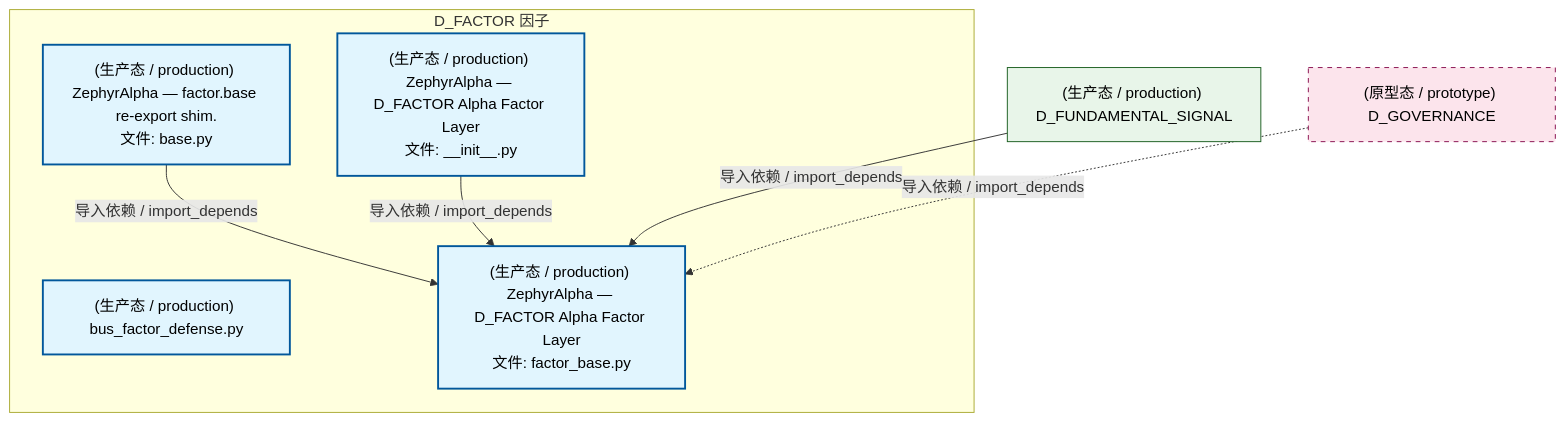
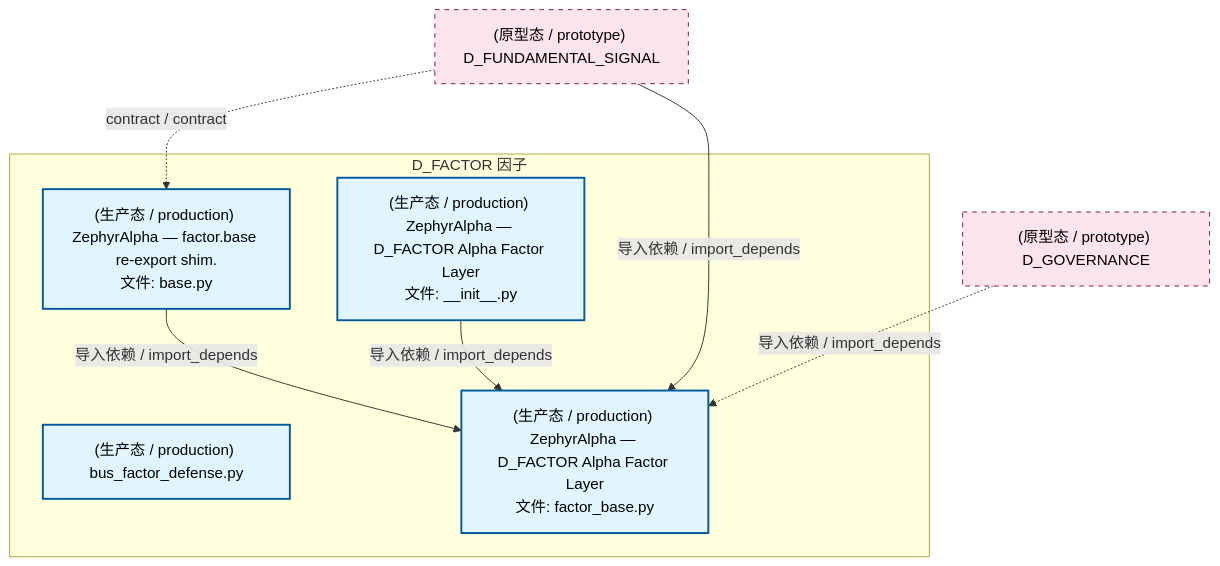
The second of 4 diagrams in docs/02_enterprise_architecture/02_domain_architecture_docs/29_d_factor.md (xuanFelixVan/ZephyrAlpha), drawn with Mermaid before and after one commit. The commit also changed other lines of this file and 100 other files, not shown here.

````diff
--- a/docs/02_enterprise_architecture/02_domain_architecture_docs/29_d_factor.md
+++ b/docs/02_enterprise_architecture/02_domain_architecture_docs/29_d_factor.md
@@ -118,22 +119,22 @@
 ```mermaid
 graph TD
     subgraph D_FACTOR["D_FACTOR 因子"]
         src_zephyr_factor_init_py["(生产态 / production) ZephyrAlpha — D_FACTOR Alpha Factor Layer<br/>文件: __init__.py"]
         src_zephyr_factor_base_py["(生产态 / production) ZephyrAlpha — factor.base re-export shim.<br/>文件: base.py"]
         src_zephyr_factor_bus_factor_defense_py["(生产态 / production) bus_factor_defense.py"]
         src_zephyr_factor_factor_base_py["(生产态 / production) ZephyrAlpha — D_FACTOR Alpha Factor Layer<br/>文件: factor_base.py"]
     end
     src_zephyr_factor_base_py -->|导入依赖 / import_depends| src_zephyr_factor_factor_base_py
     src_zephyr_factor_init_py -->|导入依赖 / import_depends| src_zephyr_factor_factor_base_py
-    D_FUNDAMENTAL_SIGNAL["(生产态 / production) D_FUNDAMENTAL_SIGNAL"]
+    D_FUNDAMENTAL_SIGNAL["(原型态 / prototype) D_FUNDAMENTAL_SIGNAL"]
+    D_FUNDAMENTAL_SIGNAL -.->|contract / contract| src_zephyr_factor_base_py
     D_FUNDAMENTAL_SIGNAL -->|导入依赖 / import_depends| src_zephyr_factor_factor_base_py
     D_GOVERNANCE["(原型态 / prototype) D_GOVERNANCE"]
     D_GOVERNANCE -.->|导入依赖 / import_depends| src_zephyr_factor_factor_base_py
     classDef production fill:#e1f5fe,stroke:#01579b,stroke-width:2px,color:#000
     classDef design fill:#fff3e0,stroke:#e65100,stroke-width:2px,color:#000,stroke-dasharray: 5 5
     classDef external_prod fill:#e8f5e9,stroke:#1b5e20,stroke-width:1px,color:#000
     classDef external_design fill:#fce4ec,stroke:#880e4f,stroke-width:1px,color:#000,stroke-dasharray: 5 5
     class src_zephyr_factor_init_py,src_zephyr_factor_base_py,src_zephyr_factor_bus_factor_defense_py,src_zephyr_factor_factor_base_py production
-    class D_FUNDAMENTAL_SIGNAL external_prod
-    class D_GOVERNANCE external_design
+    class D_FUNDAMENTAL_SIGNAL,D_GOVERNANCE external_design
 ```
````
